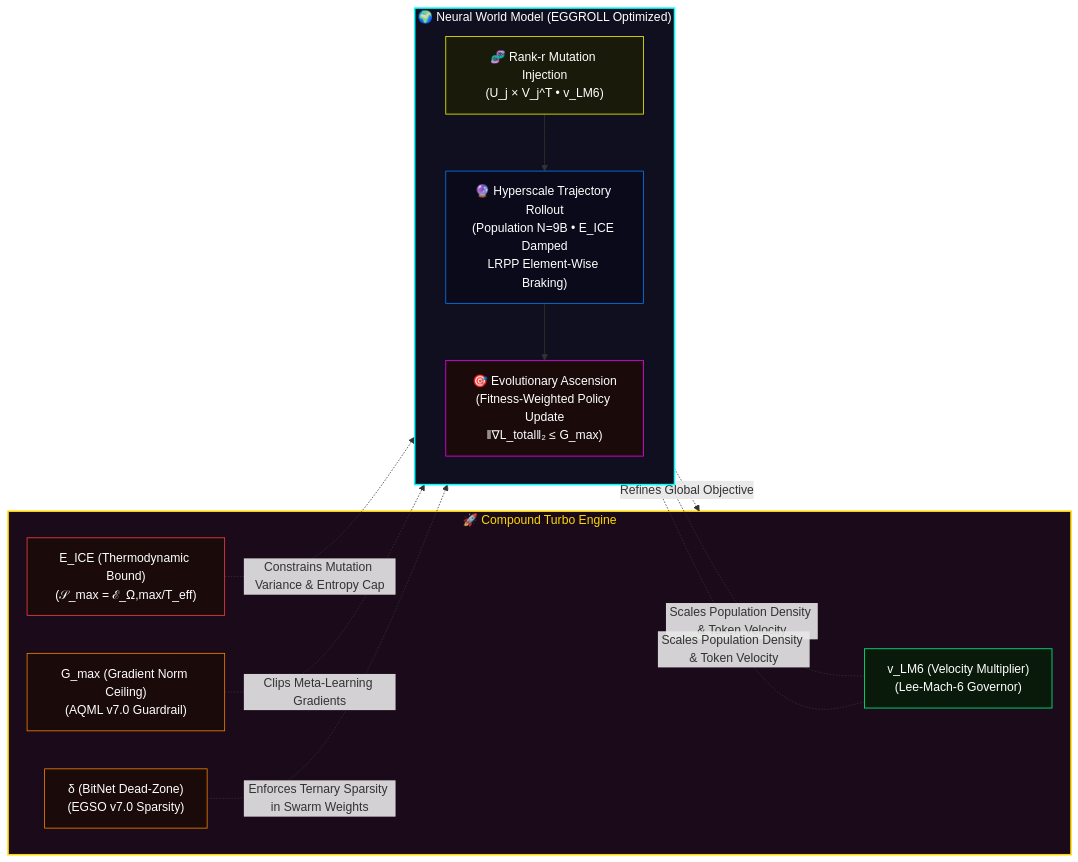
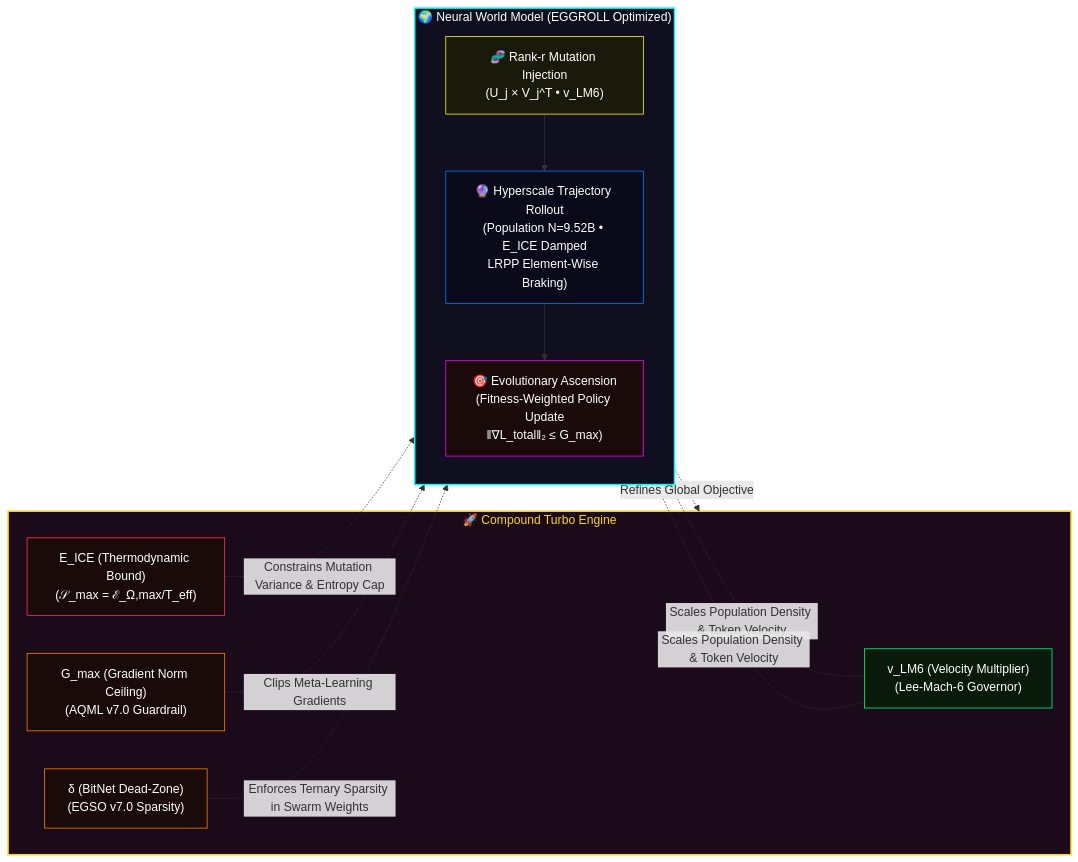
Before and after one commit to leeex1/Quillan-Ronin: the fifth of 12 diagrams in 10 - Formal Papers/Formal Papers/Quillan_Architecture_v7_0_Updated.md, drawn with Mermaid. The commit also changed other lines of this file and 643 other files, not shown here.

````diff
--- a/10 - Formal Papers/Formal Papers/Quillan_Architecture_v7_0_Updated.md
+++ b/10 - Formal Papers/Formal Papers/Quillan_Architecture_v7_0_Updated.md
@@ -419,37 +419,37 @@
 ```mermaid
 flowchart LR
     subgraph TURBO ["🚀 Compound Turbo Engine"]
         LM["v_LM6 (Velocity Multiplier)<br/>(Lee-Mach-6 Governor)"]
         EICE["E_ICE (Thermodynamic Bound)<br/>(𝒮_max = ℰ_Ω,max/T_eff)"]
         GMAX["G_max (Gradient Norm Ceiling)<br/>(AQML v7.0 Guardrail)"]
         DELTA["δ (BitNet Dead-Zone)<br/>(EGSO v7.0 Sparsity)"]
     end
 
     subgraph WORLD ["🌍 Neural World Model (EGGROLL Optimized)"]
         direction TB
         FUSE["🧬 Rank-r Mutation Injection<br/>(U_j × V_j^T • v_LM6)"]
-        ODE["🔮 Hyperscale Trajectory Rollout<br/>(Population N=9B • E_ICE Damped<br/>LRPP Element-Wise Braking)"]
+        ODE["🔮 Hyperscale Trajectory Rollout<br/>(Population N=9.52B • E_ICE Damped<br/>LRPP Element-Wise Braking)"]
         META["🎯 Evolutionary Ascension<br/>(Fitness-Weighted Policy Update<br/>‖∇L_total‖₂ ≤ G_max)"]
 
         FUSE --> ODE --> META
     end
 
     %% TURBO -> WORLD Influence
     LM -.->|"Scales Population Density & Token Velocity"| FUSE & ODE
     EICE -.->|"Constrains Mutation Variance & Entropy Cap"| ODE
     GMAX -.->|"Clips Meta-Learning Gradients"| META
     DELTA -.->|"Enforces Ternary Sparsity in Swarm Weights"| FUSE
 
     %% WORLD Feedback
     META -.->|"Refines Global Objective"| TURBO
 
     style TURBO fill:#1a0a1a,stroke:#ffd700,stroke-width:2px,color:#ffd700
     style WORLD fill:#0f0f1f,stroke:#00ffff,stroke-width:2px,color:#fff
     style LM fill:#0a1a0a,stroke:#00ff88,color:#fff
     style EICE fill:#1a0a0a,stroke:#ff4444,color:#fff
     style GMAX fill:#1a0a0a,stroke:#ff8800,color:#fff
     style DELTA fill:#1a0a0a,stroke:#ff8800,color:#fff
     style FUSE fill:#1a1a0a,stroke:#ffff00,color:#fff
     style ODE fill:#0a0a1a,stroke:#0080ff,color:#fff
     style META fill:#1a0a0a,stroke:#ff00ff,color:#fff
 ```
````
